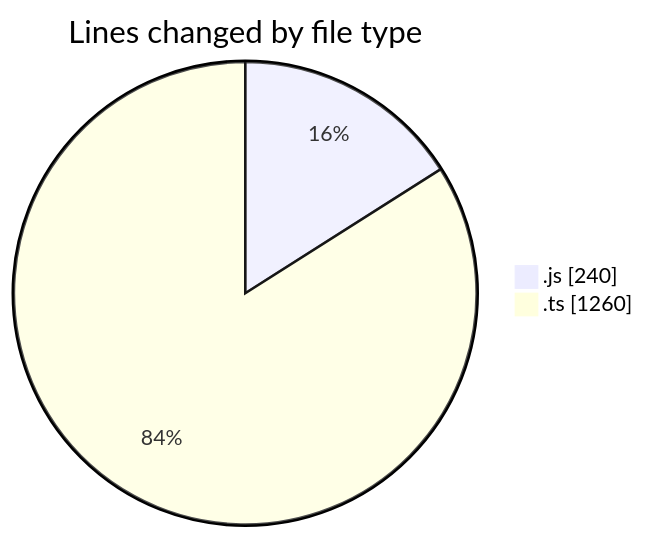
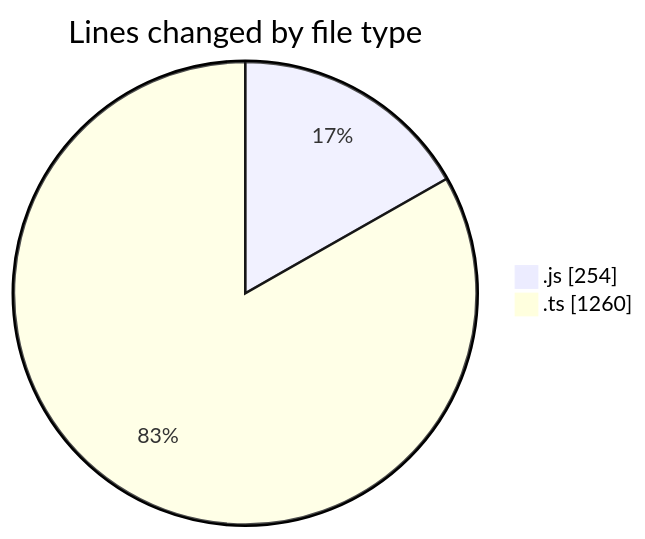
The first of 2 diagrams in 2025-05-29/cda/README.md (momahboobian/code-tracking), drawn with Mermaid before and after one commit. The commit also changed other lines of this file and 1 other file, not shown here.

````diff
--- a/2025-05-29/cda/README.md
+++ b/2025-05-29/cda/README.md
@@ -22,6 +22,6 @@
 ```mermaid
 pie showData
 title Lines changed by file type
-".js" : 240
+".js" : 254
 ".ts" : 1260
 ```
````
